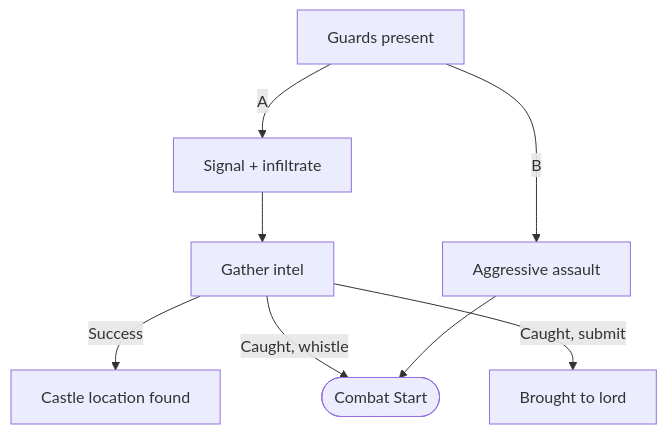
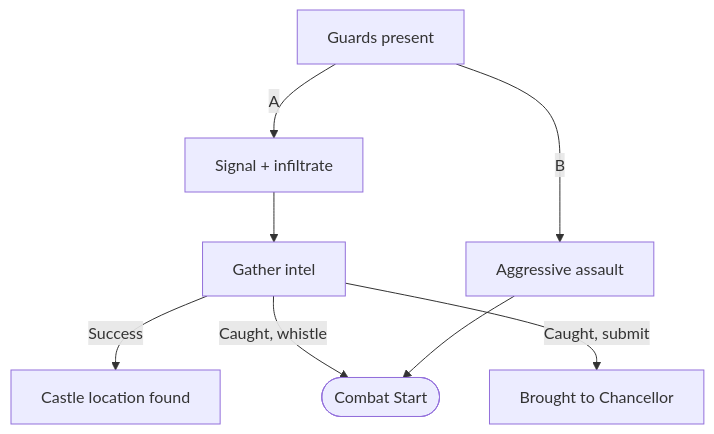
One commit to Kitick/Anthro changed the sixth of 11 diagrams in Lore/Scenes/Intros/Elias.md. Above: the diagram before and after it, drawn with Mermaid. The commit also changed other lines of this file and 1 other file, not shown here.

Commit message:
Edmund is a chancellor

````diff
--- a/Lore/Scenes/Intros/Elias.md
+++ b/Lore/Scenes/Intros/Elias.md
@@ -135,12 +135,12 @@
 ```mermaid
 flowchart TD
     Scen1[Guards present] -->|A| S1A[Signal + infiltrate]
     Scen1 -->|B| S1B[Aggressive assault]
 
     S1A --> S1A_Obj[Gather intel]
     S1A_Obj -->|Success| S1A_Success[Castle location found]
     S1A_Obj -->|Caught, whistle| CombatStart([Combat Start])
-    S1A_Obj -->|Caught, submit| S1A_Submit[Brought to lord]
+    S1A_Obj -->|Caught, submit| S1A_Submit[Brought to Chancellor]
 
     S1B --> CombatStart
 ```
````
